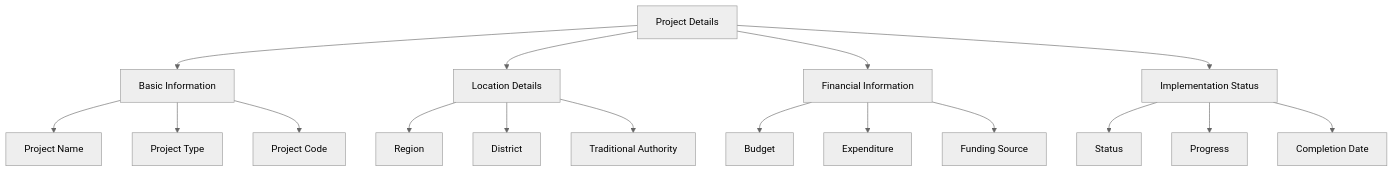
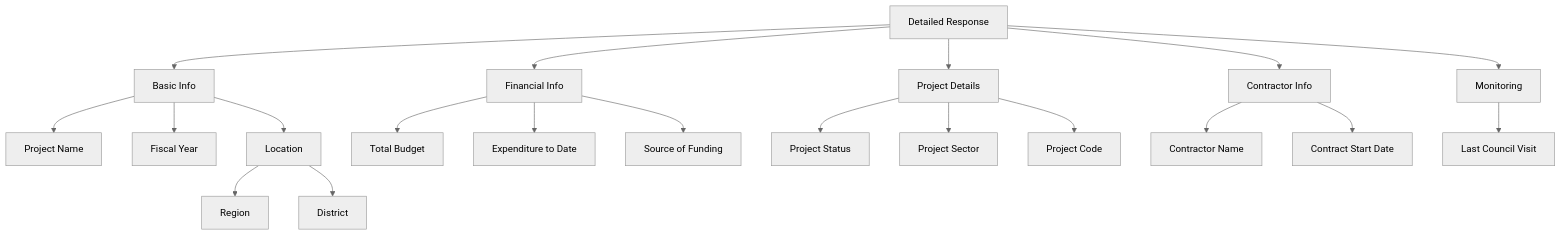
The third of 4 diagrams in docs/chatbot_flow.md (djpapzin/malawi-rag-sql-chatbot), drawn with Mermaid (neutral theme) before and after one commit. The commit also changed other lines of this file and 7 other files, not shown here.

````diff
--- a/docs/chatbot_flow.md
+++ b/docs/chatbot_flow.md
@@ -53,23 +37,22 @@
-```mermaid
-graph TD
-    A[Project Details] --> B[Basic Information]
-    A --> C[Location Details]
-    A --> D[Financial Information]
-    A --> E[Implementation Status]
-    
-    B --> F[Project Name]
-    B --> G[Project Type]
-    B --> N[Project Code]
-    
-    C --> H[Region]
-    C --> I[District]
-    C --> O[Traditional Authority]
-    
-    D --> J[Budget]
-    D --> K[Expenditure]
-    D --> P[Funding Source]
-    
-    E --> L[Status]
-    E --> M[Progress]
-    E --> Q[Completion Date]
-```
+   ```mermaid
+   graph TD
+       A[Detailed Response] --> B[Basic Info]
+       B --> B1[Project Name]
+       B --> B2[Fiscal Year]
+       B --> B3[Location]
+       B3 --> B3a[Region]
+       B3 --> B3b[District]
+       A --> C[Financial Info]
+       C --> C1[Total Budget]
+       C --> C2[Expenditure to Date]
+       C --> C3[Source of Funding]
+       A --> D[Project Details]
+       D --> D1[Project Status]
+       D --> D2[Project Sector]
+       D --> D3[Project Code]
+       A --> E[Contractor Info]
+       E --> E1[Contractor Name]
+       E --> E2[Contract Start Date]
+       A --> F[Monitoring]
+       F --> F1[Last Council Visit]
+   ```
````
